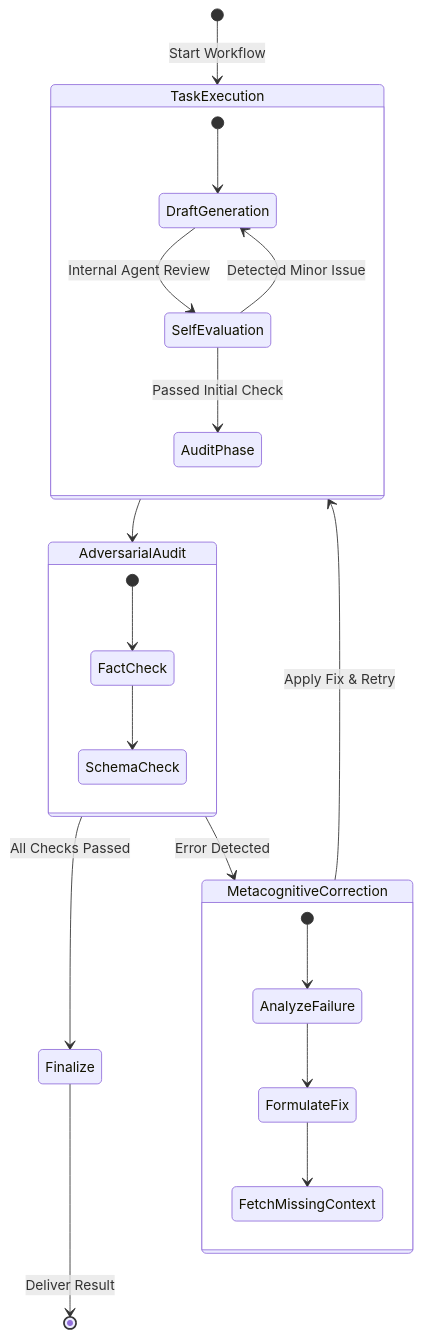
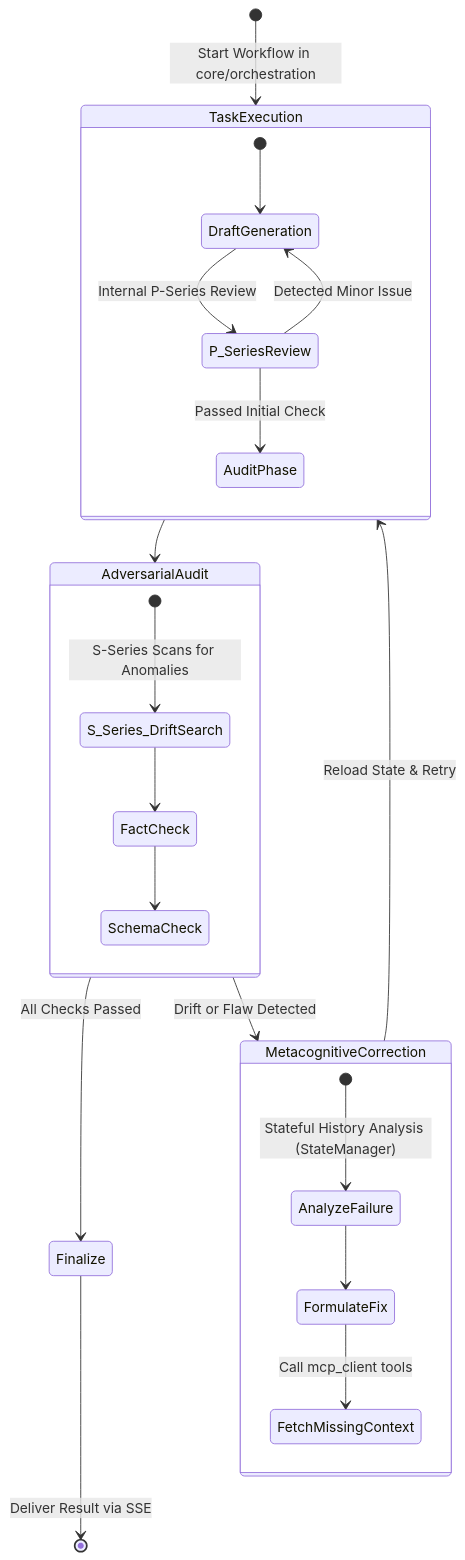
The diagram in docs/architecture/metacognitive-loop.md (SIXxMENDER/Psiquis-X), drawn with Mermaid before and after one commit. The commit also changed 12 other files, not shown here.

First line of the commit message:
feat: Enterprise architecture upgrade

````diff
--- a/docs/architecture/metacognitive-loop.md
+++ b/docs/architecture/metacognitive-loop.md
@@ -9,38 +9,39 @@
 ```mermaid
 stateDiagram-v2
-    [*] --> TaskExecution: Start Workflow
+    [*] --> TaskExecution: Start Workflow in core/orchestration
     
     state TaskExecution {
         [*] --> DraftGeneration
-        DraftGeneration --> SelfEvaluation: Internal Agent Review
+        DraftGeneration --> P_SeriesReview: Internal P-Series Review
         
-        SelfEvaluation --> DraftGeneration: Detected Minor Issue
-        SelfEvaluation --> AuditPhase: Passed Initial Check
+        P_SeriesReview --> DraftGeneration: Detected Minor Issue
+        P_SeriesReview --> AuditPhase: Passed Initial Check
     }
     
     TaskExecution --> AdversarialAudit
     
     state AdversarialAudit {
-        [*] --> FactCheck
+        [*] --> S_Series_DriftSearch: S-Series Scans for Anomalies
+        S_Series_DriftSearch --> FactCheck
         FactCheck --> SchemaCheck
     }
     
     AdversarialAudit --> Finalize: All Checks Passed
-    AdversarialAudit --> MetacognitiveCorrection: Error Detected
+    AdversarialAudit --> MetacognitiveCorrection: Drift or Flaw Detected
     
     state MetacognitiveCorrection {
-        [*] --> AnalyzeFailure
+        [*] --> AnalyzeFailure: Stateful History Analysis (StateManager)
         AnalyzeFailure --> FormulateFix
-        FormulateFix --> FetchMissingContext
+        FormulateFix --> FetchMissingContext: Call mcp_client tools
     }
     
-    MetacognitiveCorrection --> TaskExecution: Apply Fix & Retry
+    MetacognitiveCorrection --> TaskExecution: Reload State & Retry
     
-    Finalize --> [*]: Deliver Result
+    Finalize --> [*]: Deliver Result via SSE
 
     %% Styling
     classDef error fill:#e53935,color:white,font-weight:bold;
     classDef success fill:#00a67d,color:white,font-weight:bold;
     class MetacognitiveCorrection error;
     class Finalize success;
 ```
````
